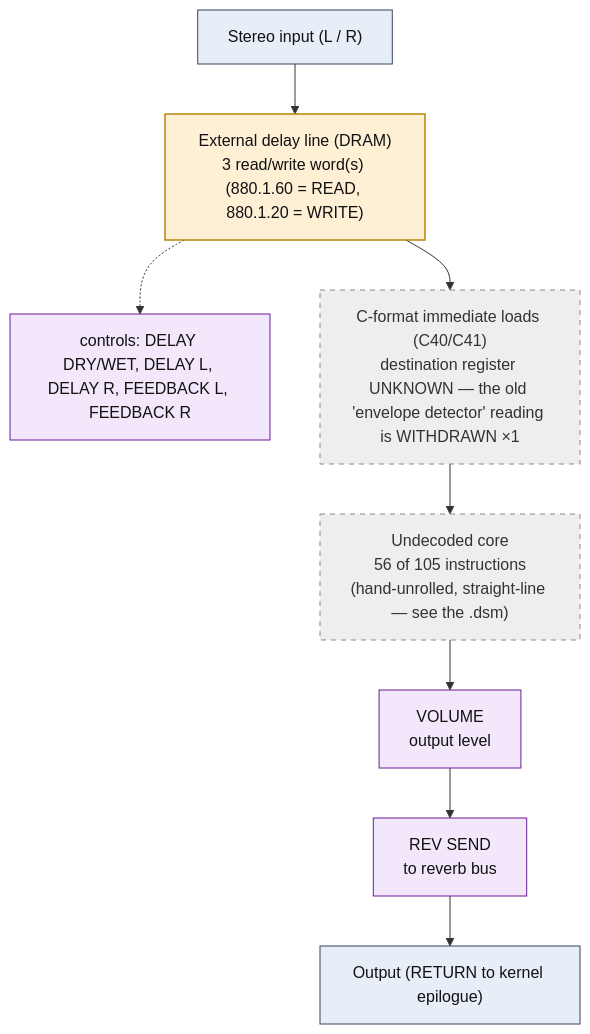
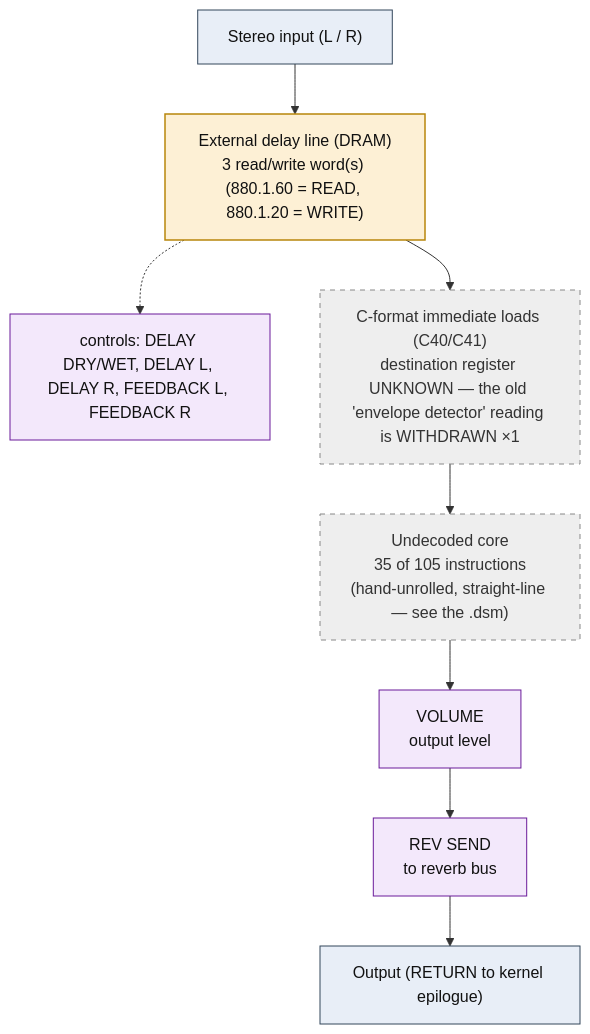
The diagram in dsp/flowcharts/prog70_auto_wah_s_delay.md (ArqueologiaDigital/kn5000-roms-disasm), drawn with Mermaid before and after one commit. The commit also changed other lines of this file and 78 other files, not shown here.

````diff
--- a/dsp/flowcharts/prog70_auto_wah_s_delay.md
+++ b/dsp/flowcharts/prog70_auto_wah_s_delay.md
@@ -12,29 +12,29 @@
 ```mermaid
 flowchart TD
     N0["Stereo input (L / R)"]
     N1["External delay line (DRAM)<br/>3 read/write word(s) (880.1.60 = READ, 880.1.20 = WRITE)"]
     N0 --> N1
     N2["controls: DELAY DRY/WET, DELAY L, DELAY R, FEEDBACK L, FEEDBACK R"]
     N1 -.-> N2
     N3["C-format immediate loads (C40/C41)<br/>destination register UNKNOWN &mdash; the old 'envelope detector' reading is WITHDRAWN &times;1"]
     N1 --> N3
-    N4["Undecoded core<br/>56 of 105 instructions<br/>(hand-unrolled, straight-line &mdash; see the .dsm)"]
+    N4["Undecoded core<br/>35 of 105 instructions<br/>(hand-unrolled, straight-line &mdash; see the .dsm)"]
     N3 --> N4
     N5["VOLUME<br/>output level"]
     N4 --> N5
     N6["REV SEND<br/>to reverb bus"]
     N5 --> N6
     N7["Output (RETURN to kernel epilogue)"]
     N6 --> N7
 
     classDef io fill:#e8eef7,stroke:#33475b,stroke-width:1px,color:#111;
     classDef proven fill:#d7f0d7,stroke:#2e7d32,stroke-width:2px,color:#111;
     classDef measured fill:#dbe9fb,stroke:#1565c0,stroke-width:1.5px,color:#111;
     classDef inferred fill:#fdf0d5,stroke:#b8860b,stroke-width:1.5px,color:#111;
     classDef open fill:#eeeeee,stroke:#888,stroke-width:1px,color:#333,stroke-dasharray:5 5;
     classDef ctrl fill:#f3e8fb,stroke:#6a1b9a,stroke-width:1px,color:#111;
     class N0,N7 io;
     class N1 inferred;
     class N2,N5,N6 ctrl;
     class N3,N4 open;
 ```
````
